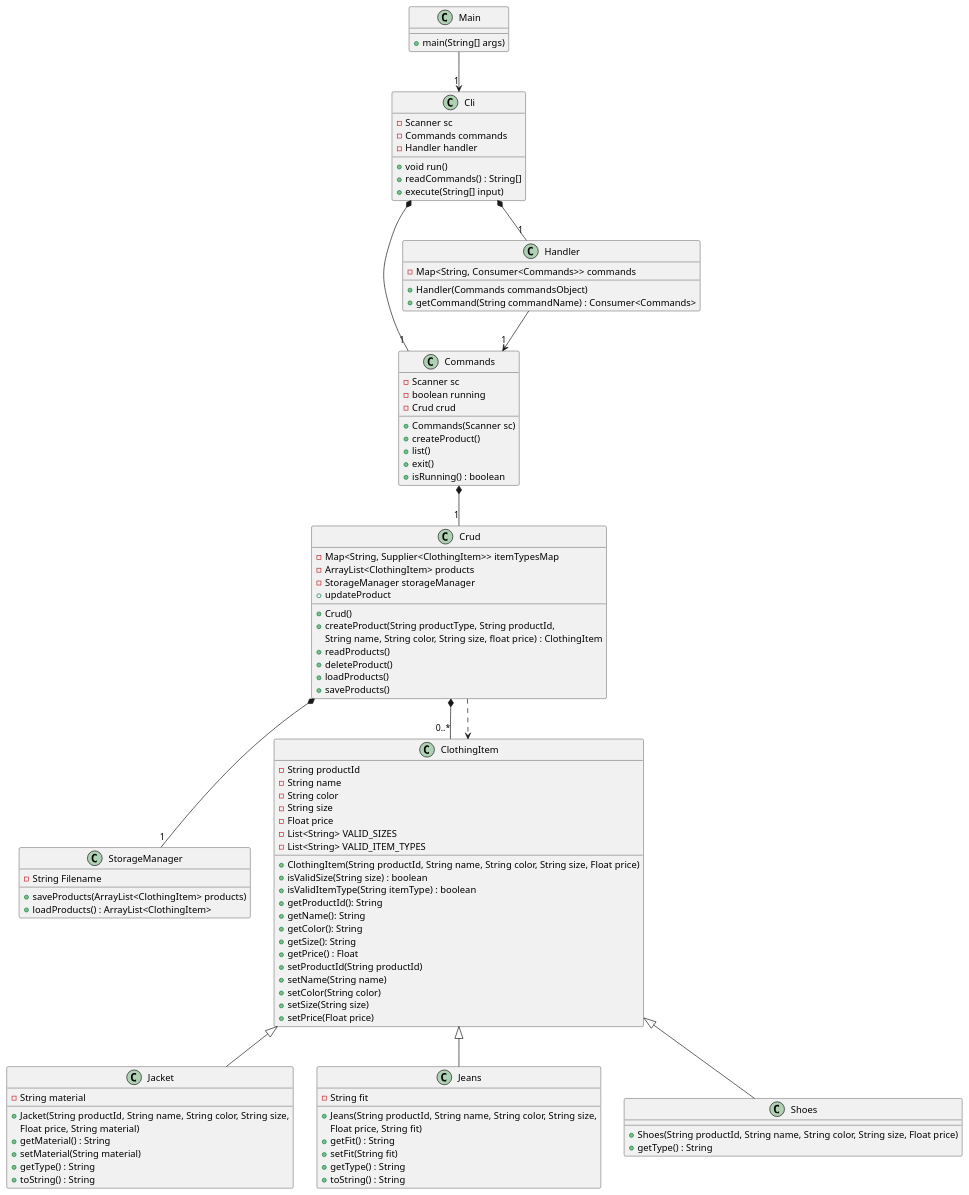
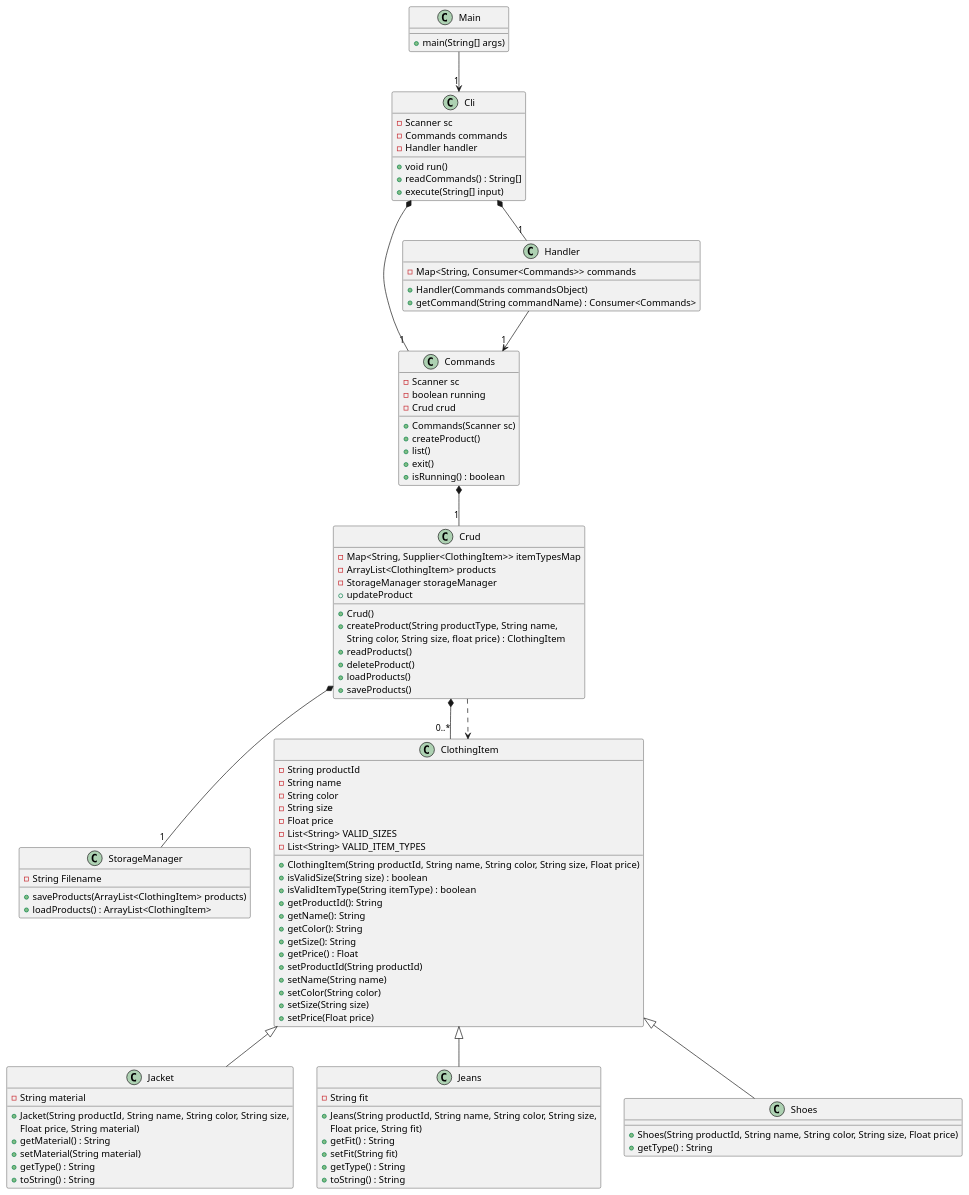
One commit to KhalidCEU/proyecto1 changed the diagram in docs/diagram.puml. Above: the diagram before and after it, drawn with PlantUML. The commit also changed 5 other files, not shown here.

```diff
--- a/docs/diagram.puml
+++ b/docs/diagram.puml
@@ -1,119 +1,119 @@
 @startuml
 
 class Main {
     +main(String[] args)
 }
 
 class Cli {
     -Scanner sc
     -Commands commands
     -Handler handler
     +void run()
     +readCommands() : String[]
     +execute(String[] input)
 }
 
 class Commands {
     -Scanner sc
     -boolean running
     -Crud crud
     +Commands(Scanner sc)
     +createProduct()
     +list()
     +exit()
     +isRunning() : boolean
 }
 
 class Handler {
     -Map<String, Consumer<Commands>> commands
     +Handler(Commands commandsObject)
     +getCommand(String commandName) : Consumer<Commands>
 }
 
 class Crud {
     -Map<String, Supplier<ClothingItem>> itemTypesMap
     -ArrayList<ClothingItem> products
     -StorageManager storageManager
     +Crud()
-    +createProduct(String productType, String productId,
-        String name, String color, String size, float price) : ClothingItem
+    +createProduct(String productType, String name,
+        String color, String size, float price) : ClothingItem
     +readProducts()
     +updateProduct
     +deleteProduct()
     +loadProducts()
     +saveProducts()
 }
 
 class StorageManager{
     -String Filename
     +saveProducts(ArrayList<ClothingItem> products)
     +loadProducts() : ArrayList<ClothingItem>
 }
 
 class ClothingItem {
     -String productId
     -String name
     -String color
     -String size
     -Float price
     -List<String> VALID_SIZES
     -List<String> VALID_ITEM_TYPES
     +ClothingItem(String productId, String name, String color, String size, Float price)
     +isValidSize(String size) : boolean
     +isValidItemType(String itemType) : boolean
     +getProductId(): String
     +getName(): String
     +getColor(): String
     +getSize(): String
     +getPrice() : Float
     +setProductId(String productId)
     +setName(String name)
     +setColor(String color)
     +setSize(String size)
     +setPrice(Float price)
 }
 
 
 class Jacket {
     -String material
     +Jacket(String productId, String name, String color, String size,
         Float price, String material)
     +getMaterial() : String
     +setMaterial(String material)
     +getType() : String
     +toString() : String
 }
 
 class Jeans {
     -String fit
     +Jeans(String productId, String name, String color, String size,
         Float price, String fit)
     +getFit() : String
     +setFit(String fit)
     +getType() : String
     +toString() : String
 }
 
 class Shoes {
     +Shoes(String productId, String name, String color, String size, Float price)
     +getType() : String
 }
 
 Main --> "1" Cli
 
 Cli *-- "1" Handler
 Cli *-- "1" Commands
 
 Commands *-- "1" Crud
 
 Handler --> "1" Commands
 
 Crud *-- "1" StorageManager
 Crud *-- "0..*" ClothingItem
 Crud ..> ClothingItem
 
 ClothingItem <|-- Jacket
 ClothingItem <|-- Jeans
 ClothingItem <|-- Shoes
 
 @enduml
```
